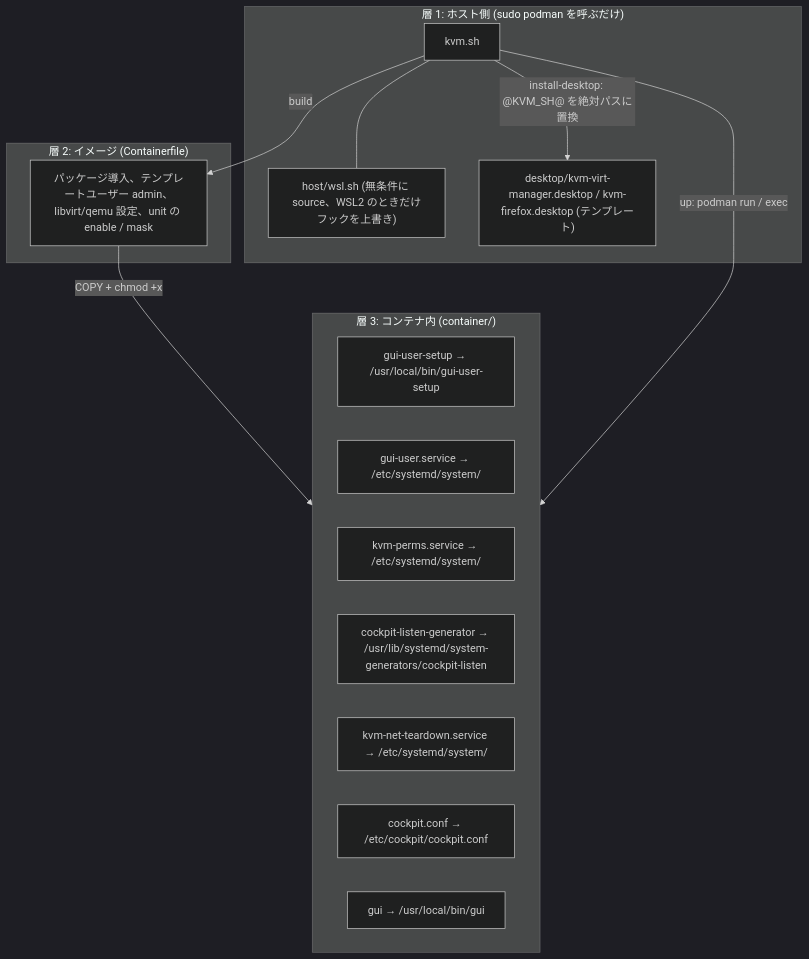
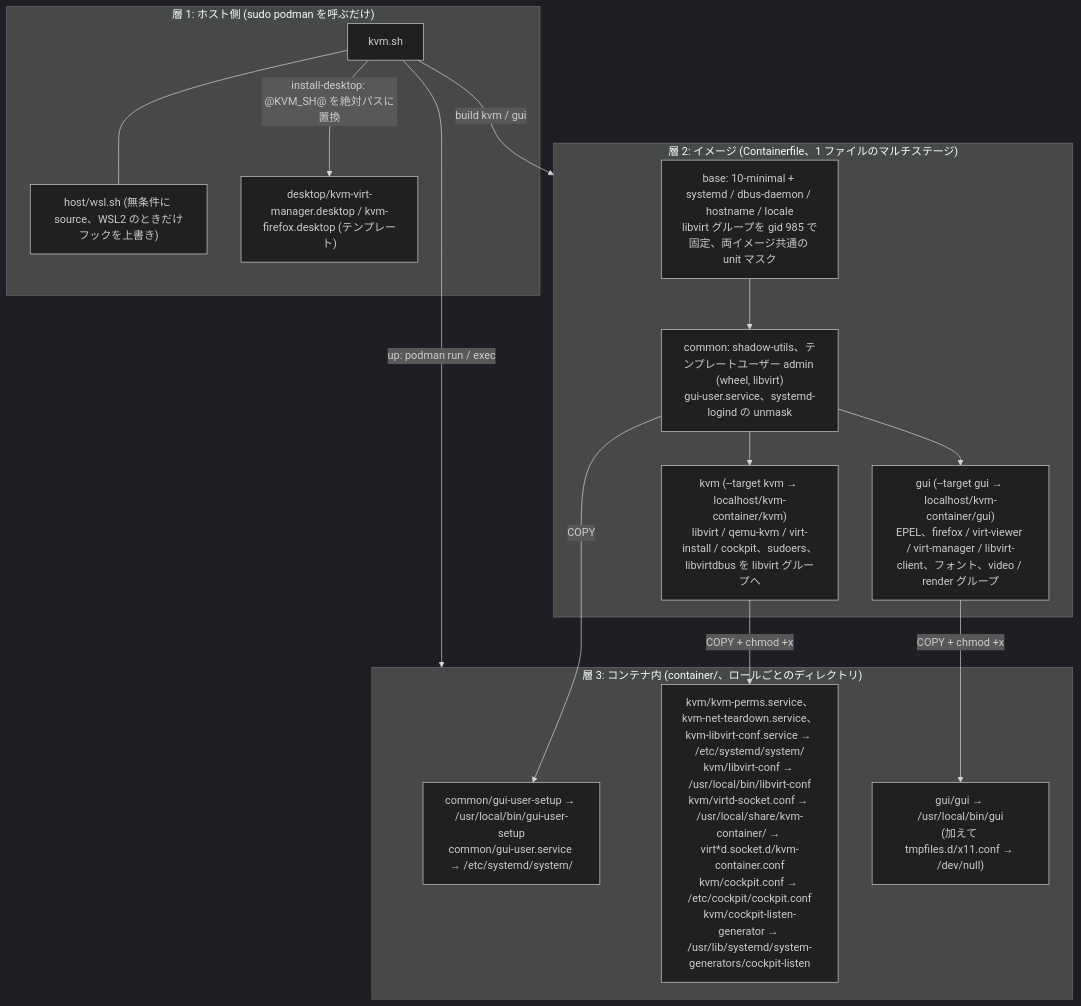
One commit to ryo-aoki-pc/kvm-container changed the fourth of 22 diagrams in docs/SPEC.md. Above: the diagram before and after it, drawn with Mermaid (dark theme). The commit also changed other lines of this file, not shown here.

First line of the commit message:
docs/SPEC.md を 2 コンテナ構成 (kvm + kvm-gui) に合わせて全面更新する

````diff
--- a/docs/SPEC.md
+++ b/docs/SPEC.md
@@ -188,23 +224,27 @@
 ```mermaid
 flowchart TB
   subgraph L1 ["層 1: ホスト側 (sudo podman を呼ぶだけ)"]
     kvmsh["kvm.sh"] --- wsl["host/wsl.sh (無条件に source、WSL2 のときだけフックを上書き)"]
     tmpl["desktop/kvm-virt-manager.desktop / kvm-firefox.desktop (テンプレート)"]
   end
-  subgraph L2 ["層 2: イメージ (Containerfile)"]
-    cf["パッケージ導入、テンプレートユーザー admin、libvirt/qemu 設定、unit の enable / mask"]
+  subgraph L2 ["層 2: イメージ (Containerfile、1 ファイルのマルチステージ)"]
+    base["base: 10-minimal + systemd / dbus-daemon / hostname / locale<br/>libvirt グループを gid 985 で固定、両イメージ共通の unit マスク"]
+    common["common: shadow-utils、テンプレートユーザー admin (wheel, libvirt)<br/>gui-user.service、systemd-logind の unmask"]
+    kvmimg["kvm (--target kvm → localhost/kvm-container/kvm)<br/>libvirt / qemu-kvm / virt-install / cockpit、sudoers、libvirtdbus を libvirt グループへ"]
+    guiimg["gui (--target gui → localhost/kvm-container/gui)<br/>EPEL、firefox / virt-viewer / virt-manager / libvirt-client、フォント、video / render グループ"]
+    base --> common
+    common --> kvmimg
+    common --> guiimg
   end
-  subgraph L3 ["層 3: コンテナ内 (container/)"]
-    gus["gui-user-setup → /usr/local/bin/gui-user-setup"]
-    gusvc["gui-user.service → /etc/systemd/system/"]
-    perms["kvm-perms.service → /etc/systemd/system/"]
-    gen["cockpit-listen-generator → /usr/lib/systemd/system-generators/cockpit-listen"]
-    td["kvm-net-teardown.service → /etc/systemd/system/"]
-    cconf["cockpit.conf → /etc/cockpit/cockpit.conf"]
-    gui["gui → /usr/local/bin/gui"]
+  subgraph L3 ["層 3: コンテナ内 (container/、ロールごとのディレクトリ)"]
+    c1["common/gui-user-setup → /usr/local/bin/gui-user-setup<br/>common/gui-user.service → /etc/systemd/system/"]
+    k1["kvm/kvm-perms.service、kvm-net-teardown.service、kvm-libvirt-conf.service → /etc/systemd/system/<br/>kvm/libvirt-conf → /usr/local/bin/libvirt-conf<br/>kvm/virtd-socket.conf → /usr/local/share/kvm-container/ → virt*d.socket.d/kvm-container.conf<br/>kvm/cockpit.conf → /etc/cockpit/cockpit.conf<br/>kvm/cockpit-listen-generator → /usr/lib/systemd/system-generators/cockpit-listen"]
+    g1["gui/gui → /usr/local/bin/gui<br/>(加えて tmpfiles.d/x11.conf → /dev/null)"]
   end
-  kvmsh -->|"build"| cf
-  cf -->|"COPY + chmod +x"| L3
+  kvmsh -->|"build kvm / gui"| L2
+  common -->|"COPY"| c1
+  kvmimg -->|"COPY + chmod +x"| k1
+  guiimg -->|"COPY + chmod +x"| g1
   kvmsh -->|"up: podman run / exec"| L3
   kvmsh -->|"install-desktop: @KVM_SH@ を絶対パスに置換"| tmpl
 ```
````
